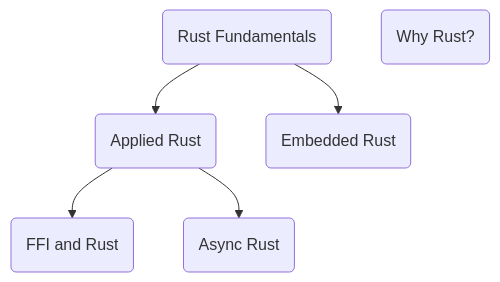
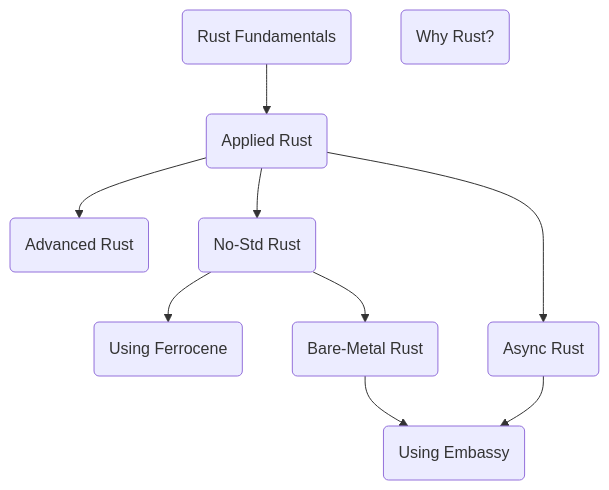
Before and after one commit to ferrous-systems/rust-training: the diagram in training-slides/src/start_here.md, drawn with Mermaid. The commit also changed other lines of this file and 1 other file, not shown here.

Commit message:
Re-organise the top-level topics.
* Rust Fundamentals
* Applied Rust
* Advanced Rust
* Async Rust
* Ferrocene
* No-Std Rust
* Bare-Metal Rust
* Using Embassy

````diff
--- a/training-slides/src/start_here.md
+++ b/training-slides/src/start_here.md
@@ -9,8 +9,12 @@
 ```mermaid
 graph TD;
-    A(Rust Fundamentals)-->B(Applied Rust);
-    B-->C(FFI and Rust);
-    B-->D(Async Rust);
-    A-->E(Embedded Rust);
-    F(Why Rust?);
+    Fundamentals(Rust Fundamentals)-->Applied(Applied Rust);
+    Applied-->Advanced(Advanced Rust);
+    Applied-->NoStd(No-Std Rust);
+    NoStd-->Ferrocene(Using Ferrocene);
+    NoStd-->BareMetal(Bare-Metal Rust);
+    Applied-->Async(Async Rust);
+    BareMetal-->Embassy(Using Embassy);
+    Async-->Embassy;
+    Why(Why Rust?);
 ```
````
